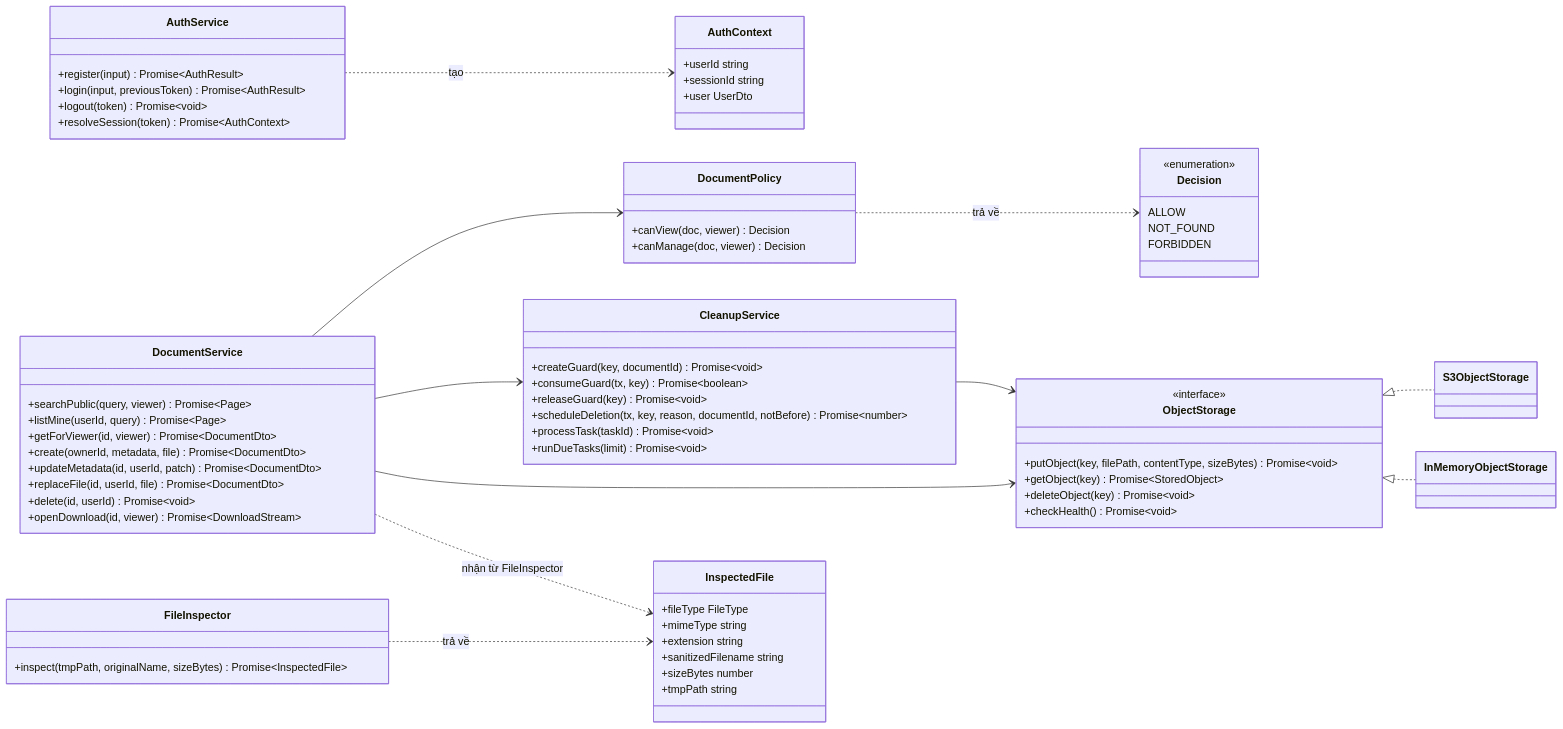
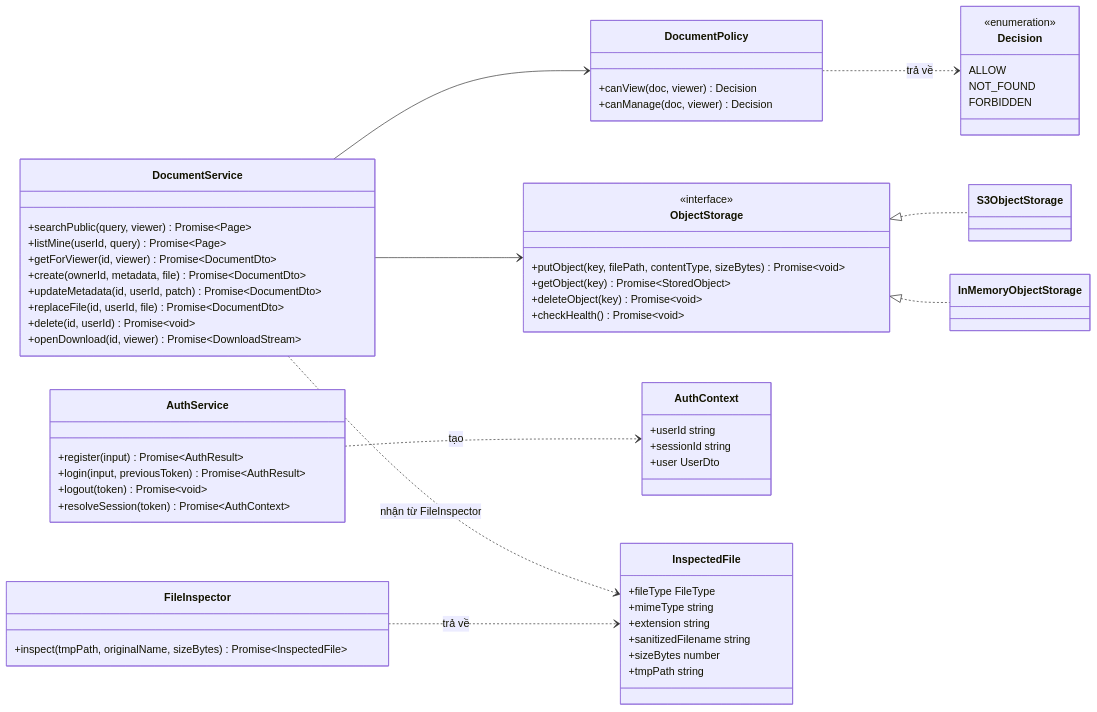
The tenth of 38 diagrams in docs/ARCHITECTURE.md (august0362/btl_cloud), drawn with Mermaid before and after one commit. The commit also changed other lines of this file and 1 other file, not shown here.

````diff
--- a/docs/ARCHITECTURE.md
+++ b/docs/ARCHITECTURE.md
@@ -475,73 +441,63 @@
 ```mermaid
 classDiagram
   direction LR
   class AuthService {
     +register(input) Promise~AuthResult~
     +login(input, previousToken) Promise~AuthResult~
     +logout(token) Promise~void~
     +resolveSession(token) Promise~AuthContext~
   }
   class DocumentService {
     +searchPublic(query, viewer) Promise~Page~
     +listMine(userId, query) Promise~Page~
     +getForViewer(id, viewer) Promise~DocumentDto~
     +create(ownerId, metadata, file) Promise~DocumentDto~
     +updateMetadata(id, userId, patch) Promise~DocumentDto~
     +replaceFile(id, userId, file) Promise~DocumentDto~
     +delete(id, userId) Promise~void~
     +openDownload(id, viewer) Promise~DownloadStream~
   }
   class DocumentPolicy {
     +canView(doc, viewer) Decision
     +canManage(doc, viewer) Decision
   }
   class FileInspector {
     +inspect(tmpPath, originalName, sizeBytes) Promise~InspectedFile~
-  }
-  class CleanupService {
-    +createGuard(key, documentId) Promise~void~
-    +consumeGuard(tx, key) Promise~boolean~
-    +releaseGuard(key) Promise~void~
-    +scheduleDeletion(tx, key, reason, documentId, notBefore) Promise~number~
-    +processTask(taskId) Promise~void~
-    +runDueTasks(limit) Promise~void~
   }
   class ObjectStorage {
     <<interface>>
     +putObject(key, filePath, contentType, sizeBytes) Promise~void~
     +getObject(key) Promise~StoredObject~
     +deleteObject(key) Promise~void~
     +checkHealth() Promise~void~
   }
   class S3ObjectStorage
   class InMemoryObjectStorage
   class AuthContext {
     +userId string
     +sessionId string
     +user UserDto
   }
   class InspectedFile {
     +fileType FileType
     +mimeType string
     +extension string
     +sanitizedFilename string
     +sizeBytes number
     +tmpPath string
   }
   class Decision {
     <<enumeration>>
     ALLOW
     NOT_FOUND
     FORBIDDEN
   }
   ObjectStorage <|.. S3ObjectStorage
   ObjectStorage <|.. InMemoryObjectStorage
   DocumentService --> DocumentPolicy
-  DocumentService --> CleanupService
   DocumentService --> ObjectStorage
-  CleanupService --> ObjectStorage
   DocumentService ..> InspectedFile : nhận từ FileInspector
   FileInspector ..> InspectedFile : trả về
   AuthService ..> AuthContext : tạo
   DocumentPolicy ..> Decision : trả về
 ```
````
